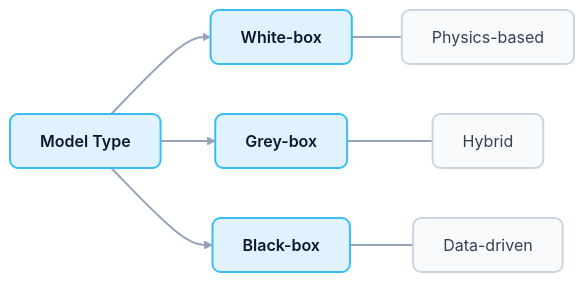
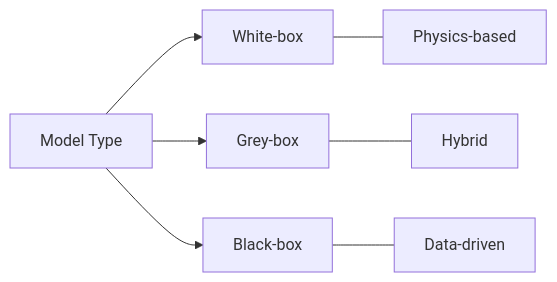
The second of 2 diagrams in mathematical_foundations_of_ai_and_ml/01_learning_vs_data_analysis/01_intro.qmd (ECLIPSE-Lab/public_presentations), drawn with Mermaid before and after one commit. The commit also changed other lines of this file and 38 other files, not shown here.

````diff
--- a/mathematical_foundations_of_ai_and_ml/01_learning_vs_data_analysis/01_intro.qmd
+++ b/mathematical_foundations_of_ai_and_ml/01_learning_vs_data_analysis/01_intro.qmd
@@ -240,17 +151,10 @@
 ```{mermaid}
-%%| echo: false
-%%| fig-align: center
 graph LR
-    %% Styling
-    classDef default fill:#f8fafc,stroke:#cbd5e1,stroke-width:2px,color:#334155,rx:8px,ry:8px,font-family:Inter;
-    classDef accent fill:#e0f2fe,stroke:#38bdf8,stroke-width:2px,color:#0f172a,rx:8px,ry:8px,font-family:Inter,font-weight:600;
-    linkStyle default stroke:#94a3b8,stroke-width:2px;
-
-    Model[Model Type]:::accent --> WB[White-box]:::accent
-    Model --> GB[Grey-box]:::accent
-    Model --> BB[Black-box]:::accent
+    Model[Model Type] --> WB[White-box]
+    Model --> GB[Grey-box]
+    Model --> BB[Black-box]
 
     WB --- WBdesc[Physics-based]
     GB --- GBdesc[Hybrid]
     BB --- BBdesc[Data-driven]
 ```
````
